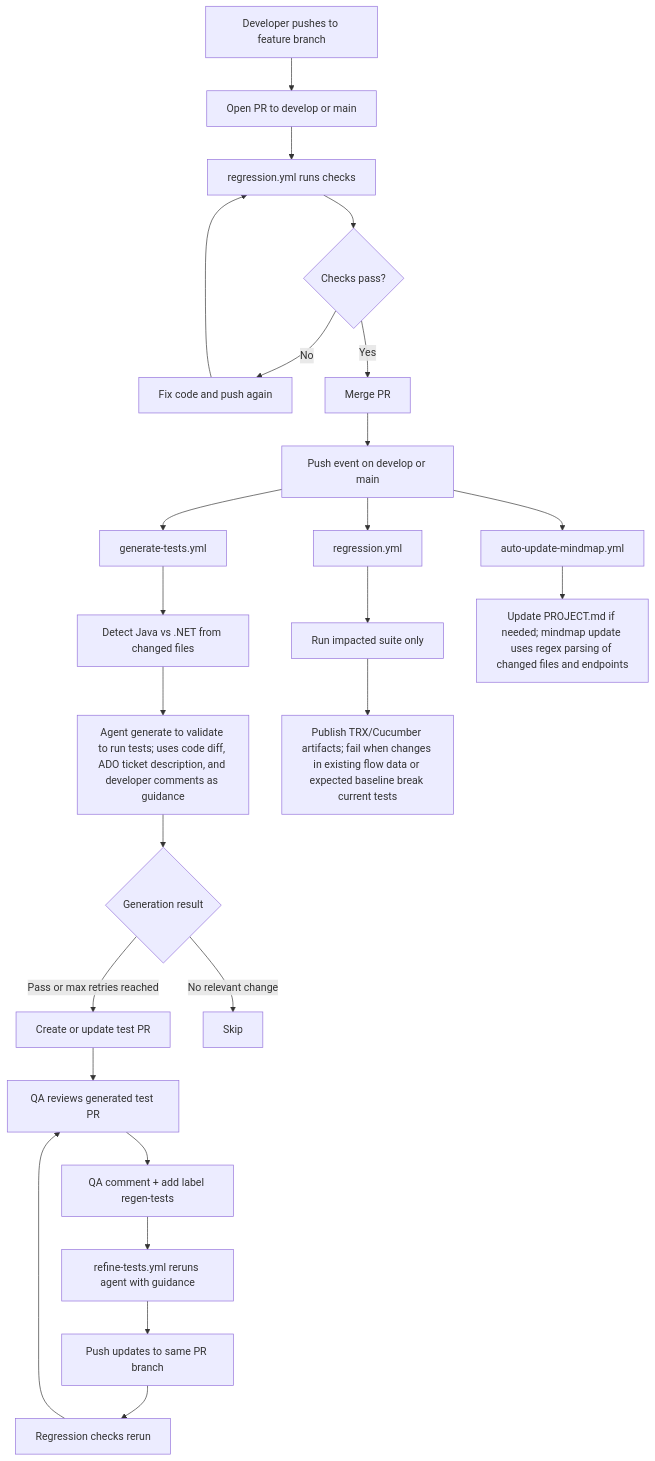
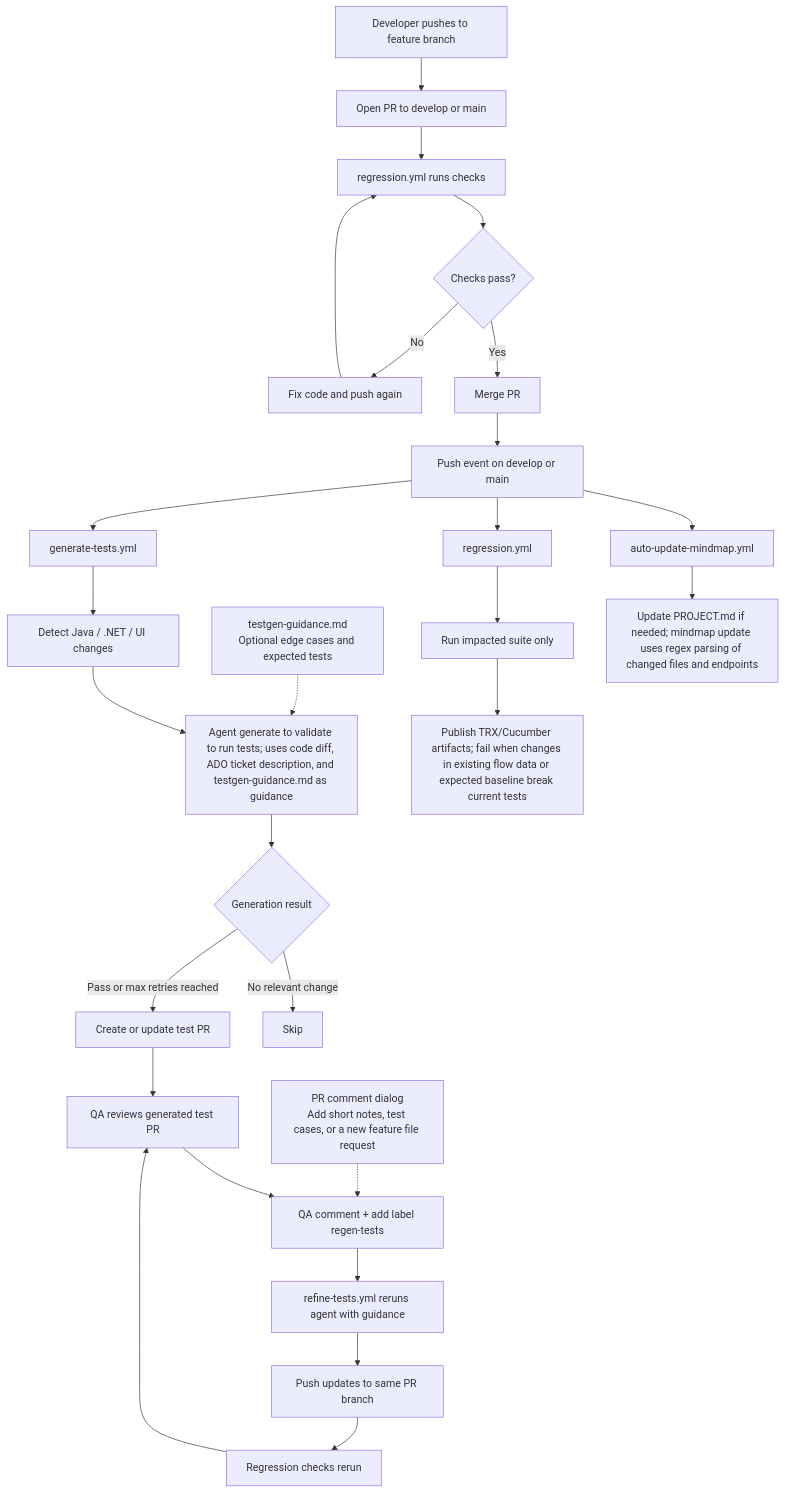
The diagram in README.md (mriduljainmj/java-regression-test), drawn with Mermaid before and after one commit. The commit also changed 2 other files, not shown here.

Commit message:
added png's

````diff
--- a/README.md
+++ b/README.md
@@ -72,33 +72,35 @@
 ```mermaid
 flowchart TD
   A[Developer pushes to feature branch] --> B[Open PR to develop or main]
 
   B --> C[regression.yml runs checks]
   C --> C1{Checks pass?}
   C1 -->|No| C2[Fix code and push again]
   C2 --> C
   C1 -->|Yes| D[Merge PR]
 
   D --> E[Push event on develop or main]
   E --> F[generate-tests.yml]
   E --> G[regression.yml]
   E --> H[auto-update-mindmap.yml]
 
-  F --> F1[Detect Java vs .NET from changed files]
-  F1 --> F2["Agent generate to validate to run tests; uses code diff, ADO ticket description, and developer comments as guidance"]
+  TG[testgen-guidance.md\nOptional edge cases and expected tests] -.-> F2
+  F --> F1[Detect Java / .NET / UI changes]
+  F1 --> F2["Agent generate to validate to run tests; uses code diff, ADO ticket description, and testgen-guidance.md as guidance"]
   F2 --> F3{Generation result}
   F3 -->|Pass or max retries reached| I[Create or update test PR]
   F3 -->|No relevant change| J[Skip]
 
   G --> G1[Run impacted suite only]
   G1 --> G2["Publish TRX/Cucumber artifacts; fail when changes in existing flow data or expected baseline break current tests"]
 
   H --> H1["Update PROJECT.md if needed; mindmap update uses regex parsing of changed files and endpoints"]
 
   I --> K[QA reviews generated test PR]
+  QC[PR comment dialog\nAdd short notes, test cases, or a new feature file request] -.-> L
   K --> L[QA comment + add label regen-tests]
   L --> M[refine-tests.yml reruns agent with guidance]
   M --> N[Push updates to same PR branch]
   N --> O[Regression checks rerun]
   O --> K
 ```
````
